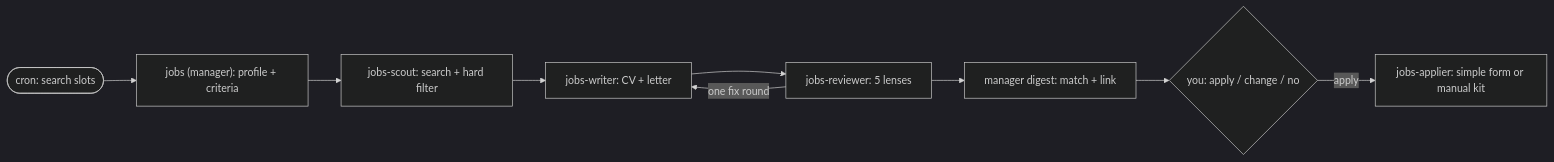
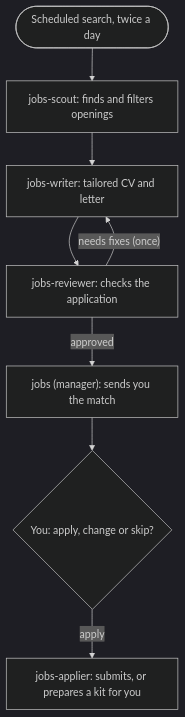
Before and after one commit to PuntoyComaTech/hermes-agent-squads: the third of 3 diagrams in README.md, drawn with Mermaid (dark theme). The commit also changed other lines of this file and 10 other files, not shown here.

Commit message:
feat: squads are opt-in after set me up; README rewrite with vertical diagrams; agents install the builder only (2.0.8)

````diff
--- a/README.md
+++ b/README.md
@@ -83,11 +88,10 @@
 ```mermaid
-flowchart LR
-    U([cron: search slots]) --> L["jobs (manager): profile + criteria"]
-    L --> S["jobs-scout: search + hard filter"]
-    S --> W["jobs-writer: CV + letter"]
-    W --> R["jobs-reviewer: 5 lenses"]
-    R -->|one fix round| W
-    R --> D["manager digest: match + link"]
-    D --> A{"you: apply / change / no"}
-    A -->|"apply"| J["jobs-applier: simple form or manual kit"]
+flowchart TD
+    T(["Scheduled search, twice a day"]) --> S["jobs-scout: finds and filters openings"]
+    S --> W["jobs-writer: tailored CV and letter"]
+    W --> R["jobs-reviewer: checks the application"]
+    R -->|"needs fixes (once)"| W
+    R -->|"approved"| M["jobs (manager): sends you the match"]
+    M --> A{"You: apply, change or skip?"}
+    A -->|"apply"| J["jobs-applier: submits, or prepares a kit for you"]
 ```
````
